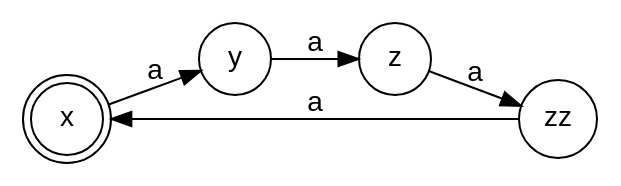
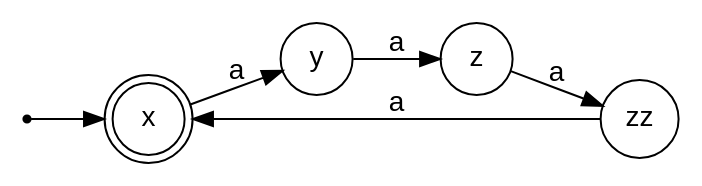
Before and after one commit to jmolinski/jpp: the diagram in zadanie-prolog/testy/pack/graphviz/src/example_a5.dot, drawn with Graphviz. The commit also changed 68 other files, not shown here.

```diff
--- a/zadanie-prolog/testy/pack/graphviz/src/example_a5.dot
+++ b/zadanie-prolog/testy/pack/graphviz/src/example_a5.dot
@@ -1,12 +1,12 @@
 digraph finite_state_machine {
 	fontname="Helvetica,Arial,sans-serif"
 	node [fontname="Helvetica,Arial,sans-serif"]
 	edge [fontname="Helvetica,Arial,sans-serif"]
 	rankdir=LR;
 	node [shape = doublecircle]; x;
 	node [shape = circle];
 	x -> y [label = "a"];
 	y -> z [label = "a"];
 	z -> zz [label = "a"];
 	zz -> x [label = "a"];
-}
+	nowhere [shape=point];	nowhere -> x;}
```
